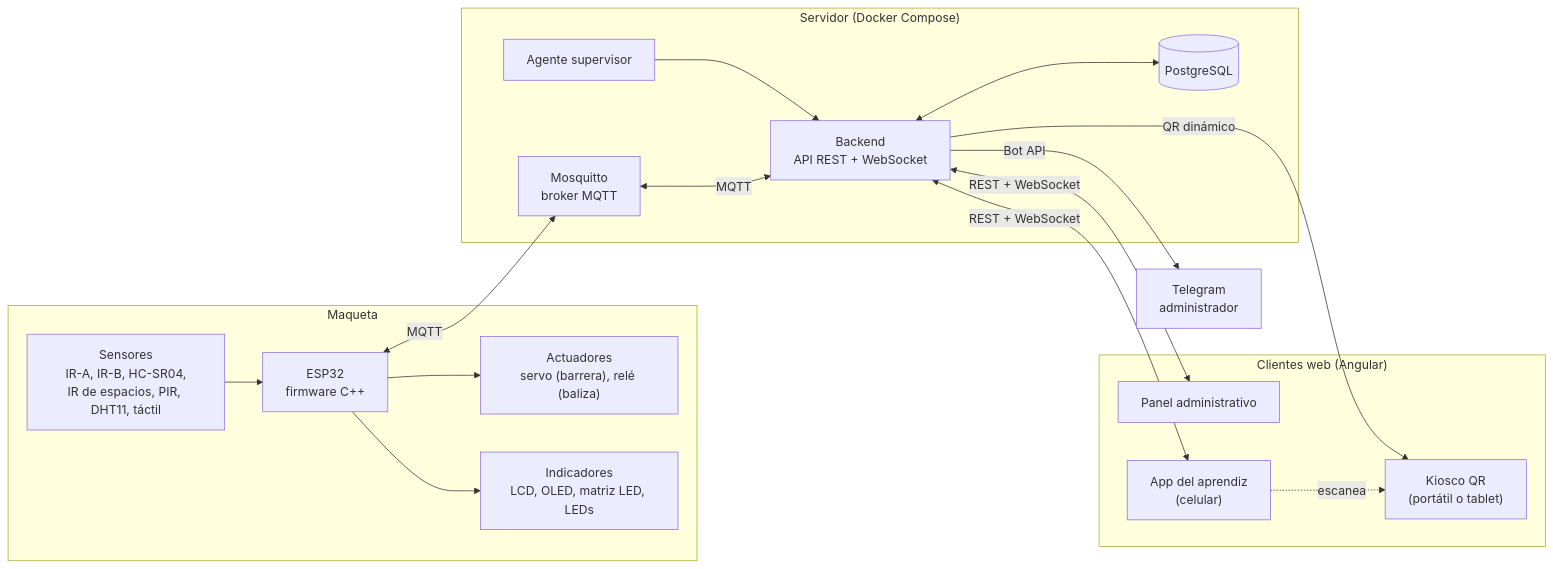
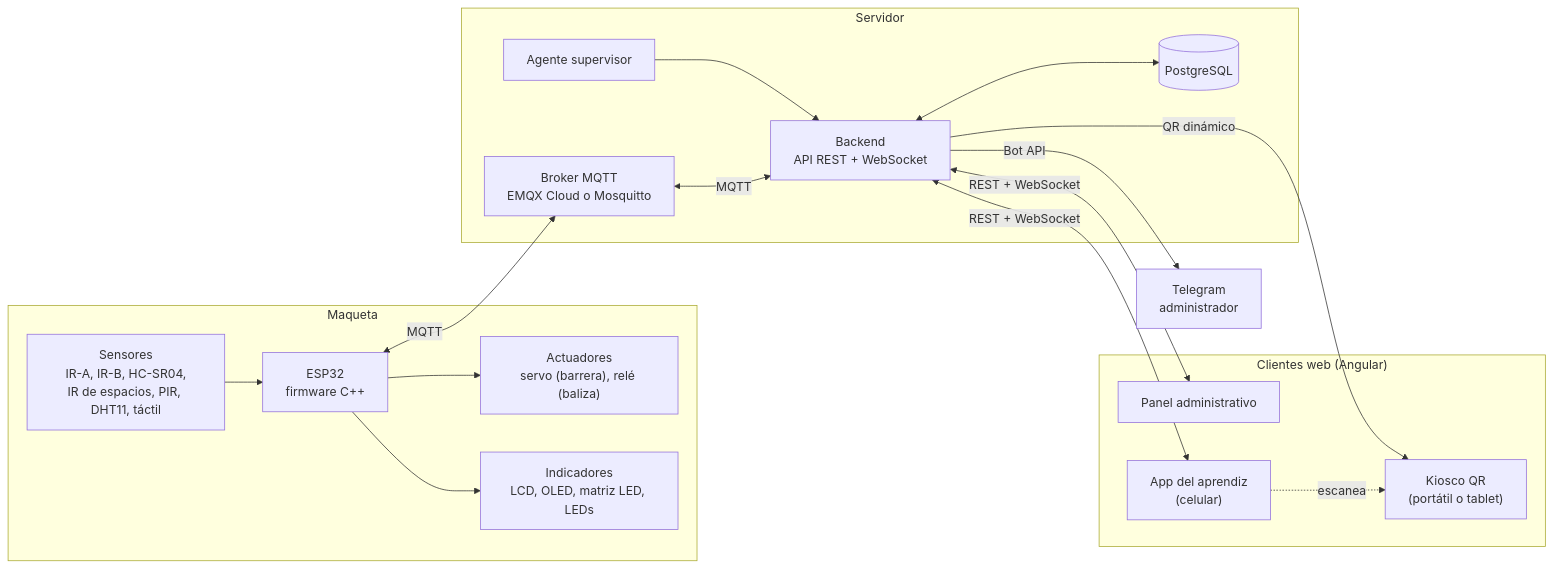
One commit to F5Alejo/Control_Personal_Sena changed the first of 4 diagrams in docs/03-arquitectura.md. Above: the diagram before and after it, drawn with Mermaid. The commit also changed other lines of this file and 5 other files, not shown here.

````diff
--- a/docs/03-arquitectura.md
+++ b/docs/03-arquitectura.md
@@ -8,35 +8,35 @@
 ```mermaid
 flowchart LR
     subgraph MAQ["Maqueta"]
         SEN["Sensores<br/>IR-A, IR-B, HC-SR04,<br/>IR de espacios, PIR, DHT11, táctil"]
         ESP["ESP32<br/>firmware C++"]
         ACT["Actuadores<br/>servo (barrera), relé (baliza)"]
         IND["Indicadores<br/>LCD, OLED, matriz LED, LEDs"]
         SEN --> ESP
         ESP --> ACT
         ESP --> IND
     end
 
-    subgraph SRV["Servidor (Docker Compose)"]
-        MQ["Mosquitto<br/>broker MQTT"]
+    subgraph SRV["Servidor"]
+        MQ["Broker MQTT<br/>EMQX Cloud o Mosquitto"]
         API["Backend<br/>API REST + WebSocket"]
         DB[("PostgreSQL")]
         AG["Agente supervisor"]
         API <--> DB
         AG --> API
     end
 
     subgraph CLI["Clientes web (Angular)"]
         ADM["Panel administrativo"]
         APP["App del aprendiz<br/>(celular)"]
         KIO["Kiosco QR<br/>(portátil o tablet)"]
     end
 
     ESP <-->|MQTT| MQ
     MQ <-->|MQTT| API
     API <-->|REST + WebSocket| ADM
     API <-->|REST + WebSocket| APP
     API -->|QR dinámico| KIO
     APP -.->|escanea| KIO
     API -->|Bot API| TG["Telegram<br/>administrador"]
 ```
````
